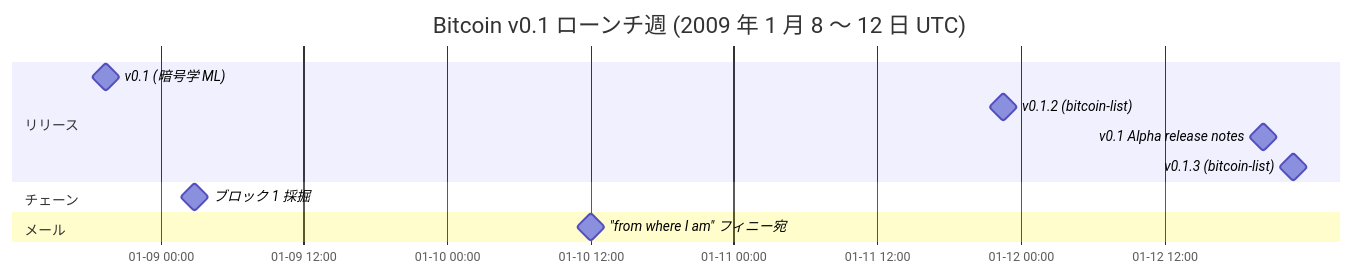
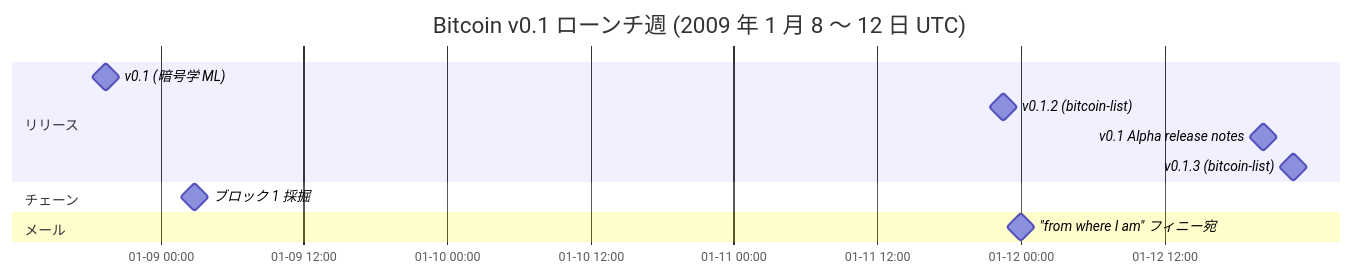
Before and after one commit to cypher256/BitcoinArchive: the diagram in src/data/translations/ja/analysis/2009-01-10-satoshi-launch-environment.md, drawn with Mermaid. The commit also changed other lines of this file and 18 other files, not shown here.

First line of the commit message:
Fix two date errors: Running bitcoin tweet time, Satoshi-Finney connectivity email

````diff
--- a/src/data/translations/ja/analysis/2009-01-10-satoshi-launch-environment.md
+++ b/src/data/translations/ja/analysis/2009-01-10-satoshi-launch-environment.md
@@ -77,24 +77,24 @@
 ```mermaid
 gantt
     title Bitcoin v0.1 ローンチ週 (2009 年 1 月 8 〜 12 日 UTC)
     dateFormat YYYY-MM-DD HH:mm
     axisFormat %m-%d %H:%M
 
     section リリース
     v0.1 (暗号学 ML) :milestone, 2009-01-08 19:27, 0m
     %% link: /BitcoinArchive/ja/entries/emails/cryptography/bitcoin-v0-1-released/2009-01-08-bitcoin-v0-1-released/
     v0.1.2 (bitcoin-list) :milestone, 2009-01-11 22:32, 0m
     %% link: /BitcoinArchive/ja/entries/emails/bitcoin-list/2009-01-11-bitcoin-v0-1-2-now-available/
     v0.1 Alpha release notes :milestone, 2009-01-12 20:20, 0m
     %% link: /BitcoinArchive/ja/entries/emails/bitcoin-list/2009-01-12-bitcoin-v0-1-alpha-release-notes/
     v0.1.3 (bitcoin-list) :milestone, 2009-01-12 22:48, 0m
     %% link: /BitcoinArchive/ja/entries/emails/bitcoin-list/2009-01-12-bitcoin-v0-1-3/
 
     section チェーン
     ブロック 1 採掘 :milestone, 2009-01-09 02:54, 0m
     %% link: /BitcoinArchive/ja/entries/analysis/2009-01-03-genesis-block-hardcode-analysis/
 
     section メール
-    "from where I am" フィニー宛 :milestone, 2009-01-10 12:00, 0m
-    %% link: /BitcoinArchive/ja/entries/aftermath/2009-01-10-satoshi-to-finney-connections/
+    "from where I am" フィニー宛 :milestone, 2009-01-12 00:00, 0m
+    %% link: /BitcoinArchive/ja/entries/aftermath/2009-01-12-satoshi-to-finney-connections/
 ```
````
